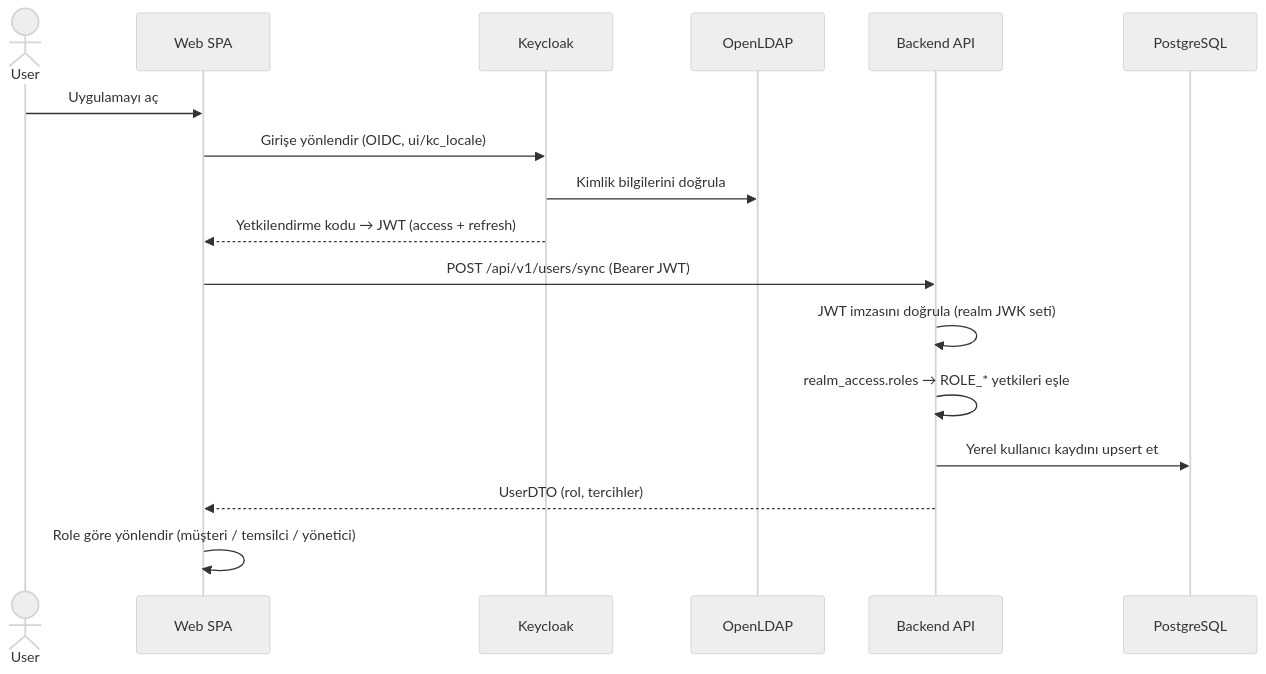
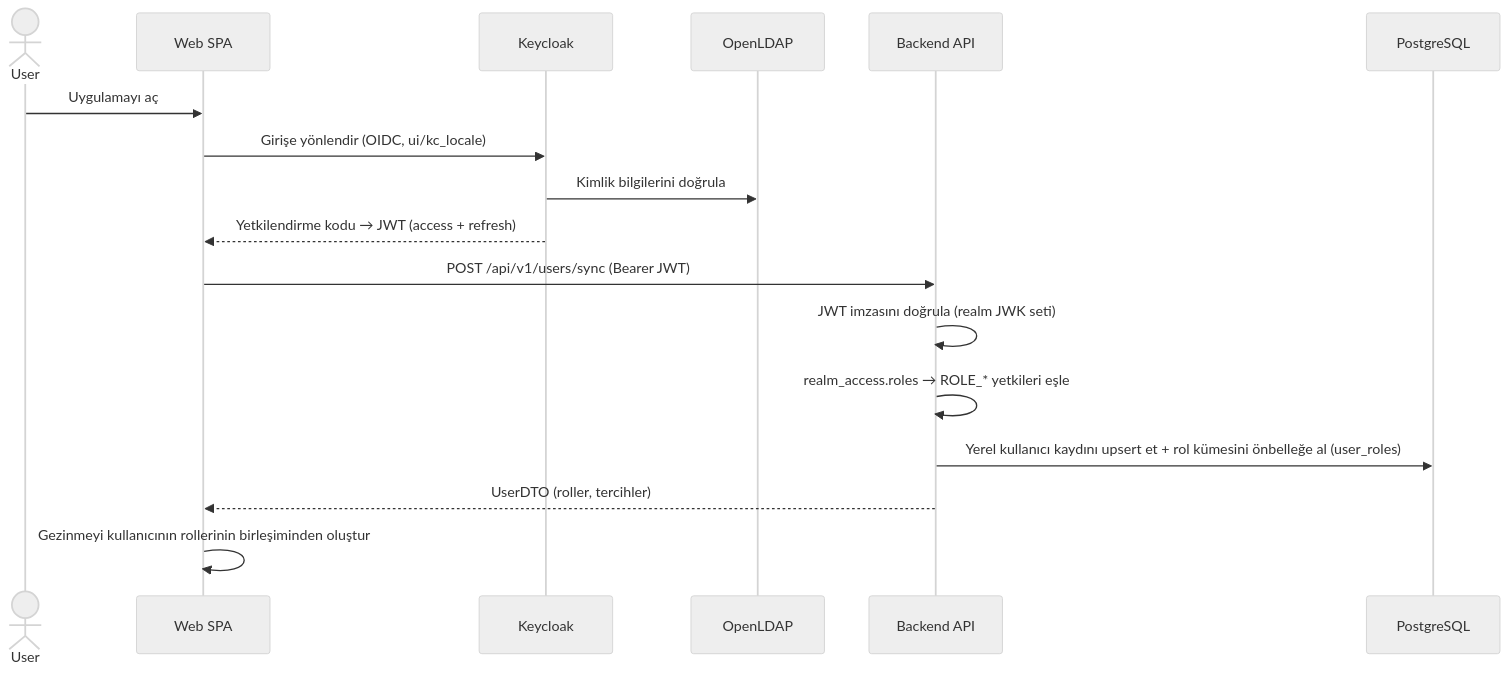
Before and after one commit to UKBey/TicketSystem: the third of 6 diagrams in docs/ARCHITECTURE.tr.md, drawn with Mermaid (neutral theme). The commit also changed other lines of this file and 7 other files, not shown here.

````diff
--- a/docs/ARCHITECTURE.tr.md
+++ b/docs/ARCHITECTURE.tr.md
@@ -184,20 +188,20 @@
 ```mermaid
 sequenceDiagram
     actor User
     participant SPA as Web SPA
     participant KC as Keycloak
     participant LDAP as OpenLDAP
     participant API as Backend API
     participant DB as PostgreSQL
 
     User->>SPA: Uygulamayı aç
     SPA->>KC: Girişe yönlendir (OIDC, ui/kc_locale)
     KC->>LDAP: Kimlik bilgilerini doğrula
     KC-->>SPA: Yetkilendirme kodu → JWT (access + refresh)
     SPA->>API: POST /api/v1/users/sync (Bearer JWT)
     API->>API: JWT imzasını doğrula (realm JWK seti)
     API->>API: realm_access.roles → ROLE_* yetkileri eşle
-    API->>DB: Yerel kullanıcı kaydını upsert et
-    API-->>SPA: UserDTO (rol, tercihler)
-    SPA->>SPA: Role göre yönlendir (müşteri / temsilci / yönetici)
+    API->>DB: Yerel kullanıcı kaydını upsert et + rol kümesini önbelleğe al (user_roles)
+    API-->>SPA: UserDTO (roller, tercihler)
+    SPA->>SPA: Gezinmeyi kullanıcının rollerinin birleşiminden oluştur
 ```
````
